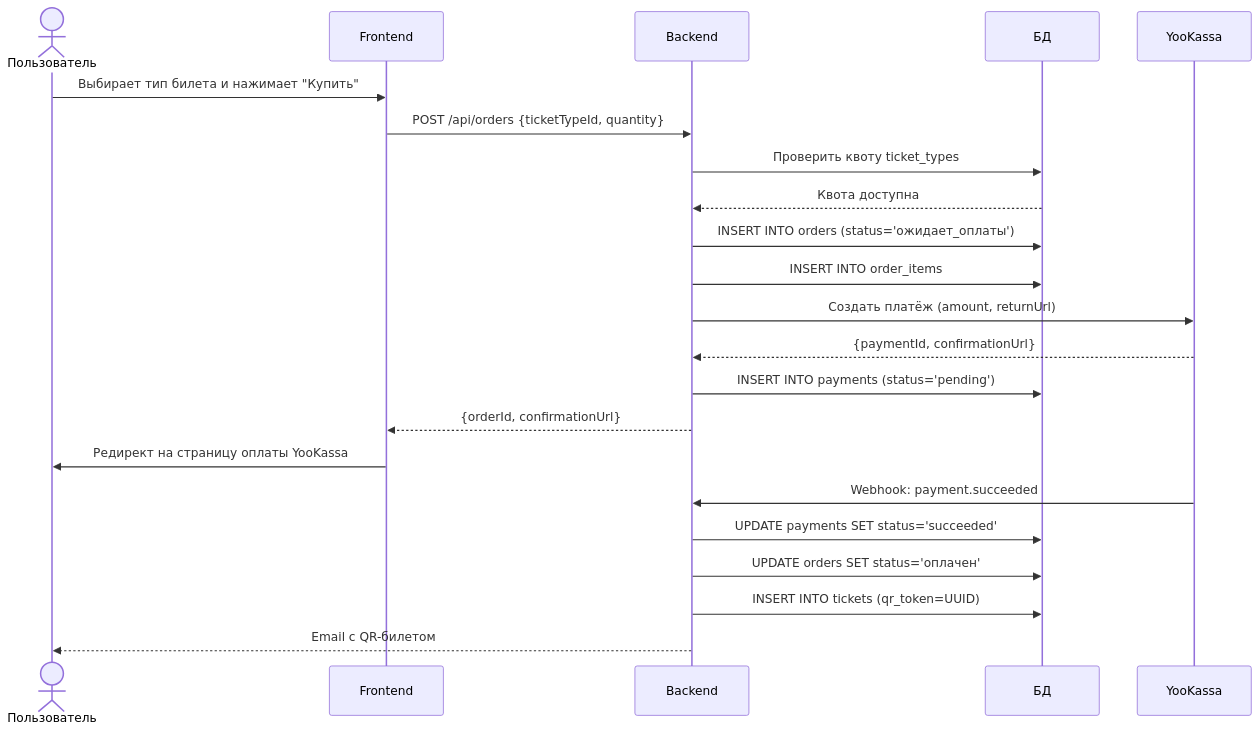
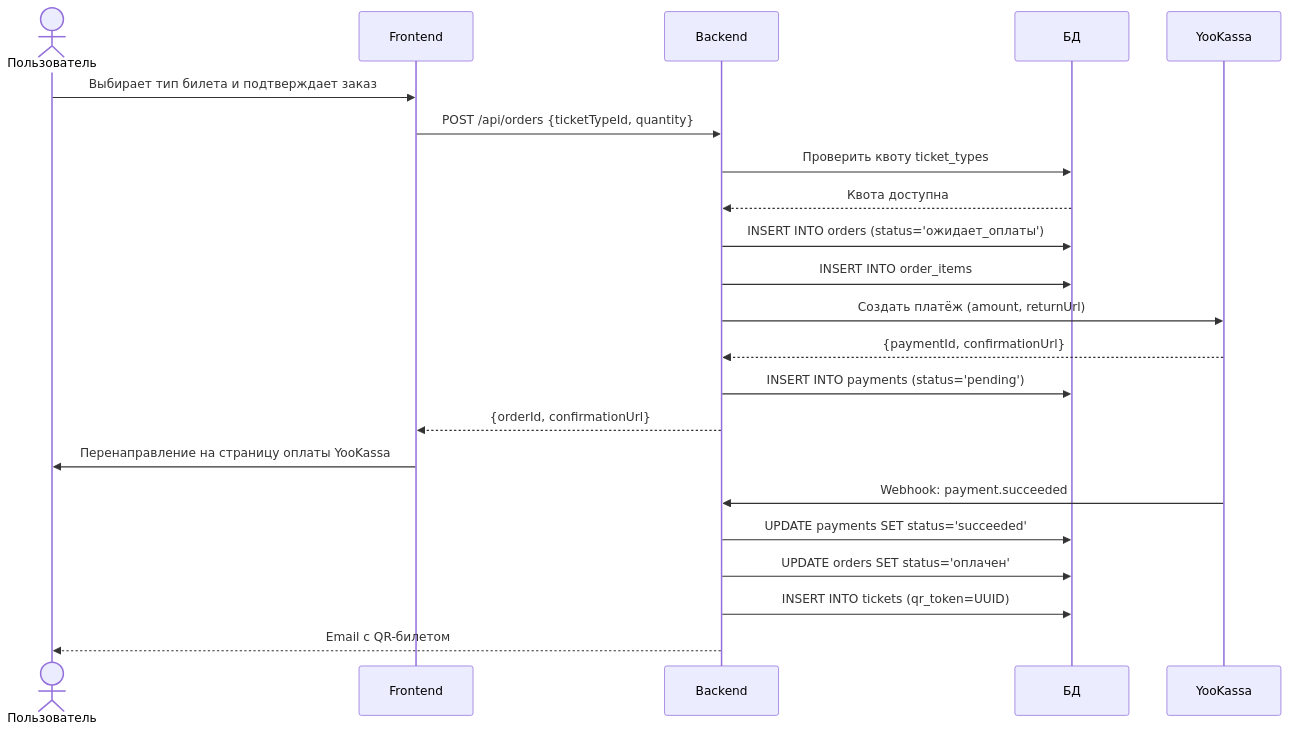
Before and after one commit to akarui-shi/festival-app: the second of 13 diagrams in diplom/diplom.md, drawn with Mermaid. The commit also changed other lines of this file, not shown here.

````diff
--- a/diplom/diplom.md
+++ b/diplom/diplom.md
@@ -829,25 +858,25 @@
 ```mermaid
 sequenceDiagram
   actor Пользователь
   participant Frontend
   participant Backend
   participant БД
   participant YooKassa
 
-  Пользователь->>Frontend: Выбирает тип билета и нажимает "Купить"
+  Пользователь->>Frontend: Выбирает тип билета и подтверждает заказ
   Frontend->>Backend: POST /api/orders {ticketTypeId, quantity}
   Backend->>БД: Проверить квоту ticket_types
   БД-->>Backend: Квота доступна
   Backend->>БД: INSERT INTO orders (status='ожидает_оплаты')
   Backend->>БД: INSERT INTO order_items
   Backend->>YooKassa: Создать платёж (amount, returnUrl)
   YooKassa-->>Backend: {paymentId, confirmationUrl}
   Backend->>БД: INSERT INTO payments (status='pending')
   Backend-->>Frontend: {orderId, confirmationUrl}
-  Frontend->>Пользователь: Редирект на страницу оплаты YooKassa
+  Frontend->>Пользователь: Перенаправление на страницу оплаты YooKassa
   YooKassa->>Backend: Webhook: payment.succeeded
   Backend->>БД: UPDATE payments SET status='succeeded'
   Backend->>БД: UPDATE orders SET status='оплачен'
   Backend->>БД: INSERT INTO tickets (qr_token=UUID)
   Backend-->>Пользователь: Email с QR-билетом
 ```
````
